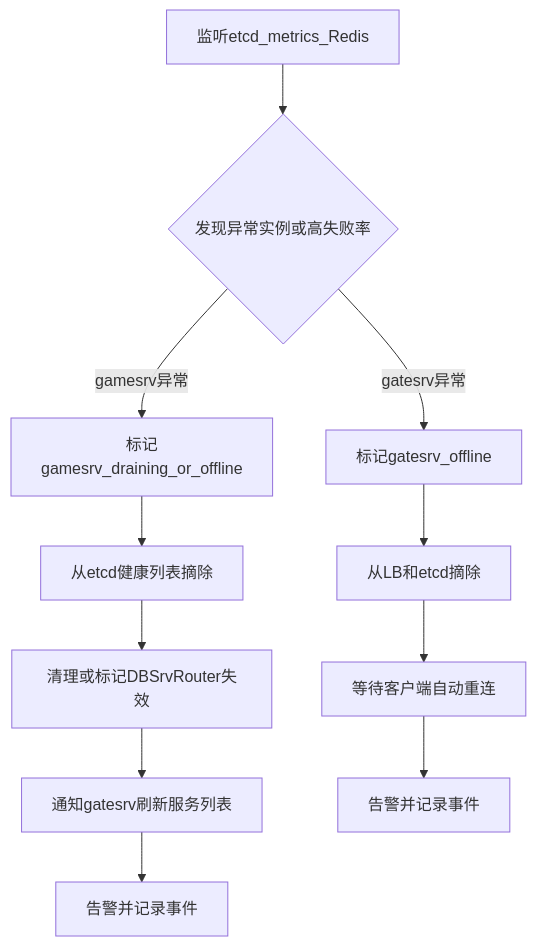
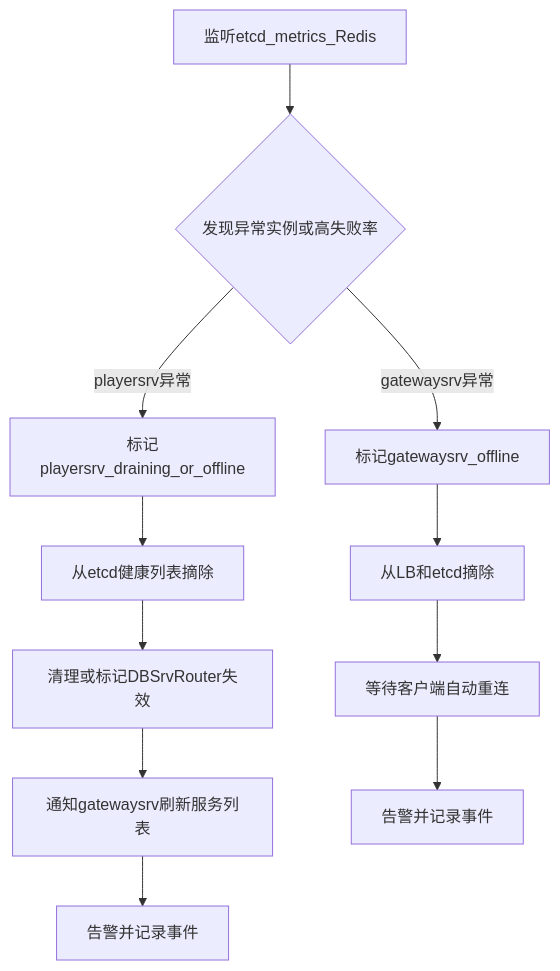
The seventh of 7 diagrams in docs/runtime-flows.md (zhanglei19960726/globalmail), drawn with Mermaid before and after one commit. The commit also changed other lines of this file and 114 other files, not shown here.

````diff
--- a/docs/runtime-flows.md
+++ b/docs/runtime-flows.md
@@ -487,14 +487,14 @@
 ```mermaid
 flowchart TD
     watch[监听etcd_metrics_Redis] --> detect{发现异常实例或高失败率}
-    detect -->|gamesrv异常| markGame[标记gamesrv_draining_or_offline]
+    detect -->|playersrv异常| markGame[标记playersrv_draining_or_offline]
     markGame --> removeGame[从etcd健康列表摘除]
     removeGame --> clearRoute[清理或标记DBSrvRouter失效]
-    clearRoute --> notifyGate[通知gatesrv刷新服务列表]
+    clearRoute --> notifyGate[通知gatewaysrv刷新服务列表]
     notifyGate --> alertGame[告警并记录事件]
 
-    detect -->|gatesrv异常| markGate[标记gatesrv_offline]
+    detect -->|gatewaysrv异常| markGate[标记gatewaysrv_offline]
     markGate --> removeGate[从LB和etcd摘除]
     removeGate --> waitReconnect[等待客户端自动重连]
     waitReconnect --> alertGate[告警并记录事件]
 ```
````
